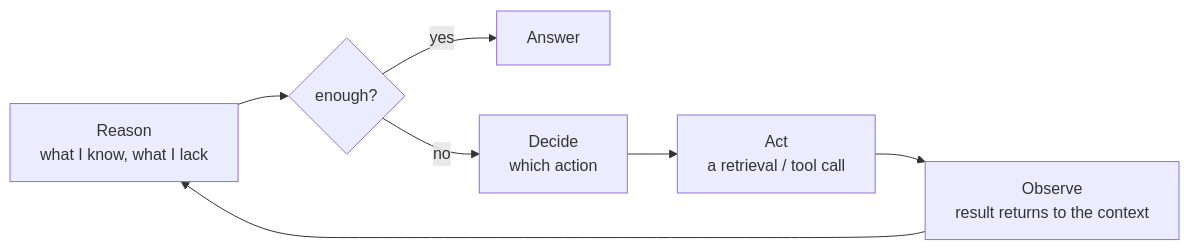
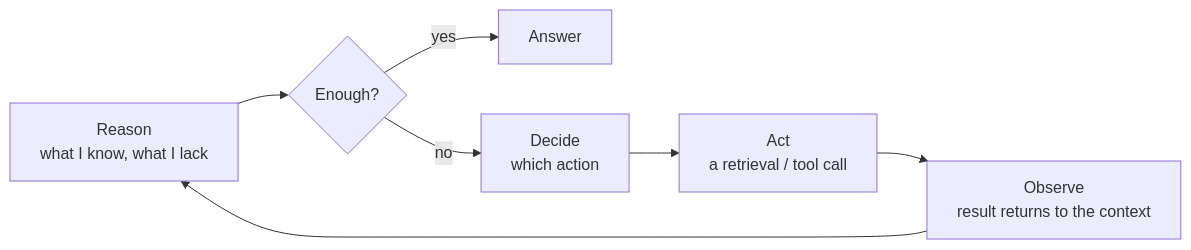
Before and after one commit to NikolaiSachok/ai-engineering-handbook: the diagram in i18n/en/docusaurus-plugin-content-docs/current/part-2-agents/agentic-rag.md, drawn with Mermaid. The commit also changed other lines of this file and 35 other files, not shown here.

````diff
--- a/i18n/en/docusaurus-plugin-content-docs/current/part-2-agents/agentic-rag.md
+++ b/i18n/en/docusaurus-plugin-content-docs/current/part-2-agents/agentic-rag.md
@@ -53,9 +53,9 @@
 ```mermaid
 flowchart LR
-    R["Reason<br/>what I know, what I lack"] --> Q{"enough?"}
+    R["Reason<br/>what I know, what I lack"] --> Q{"Enough?"}
     Q -- "yes" --> Ans["Answer"]
     Q -- "no" --> D["Decide<br/>which action"]
     D --> A["Act<br/>a retrieval / tool call"]
     A --> O["Observe<br/>result returns to the context"]
     O --> R
 ```
````
